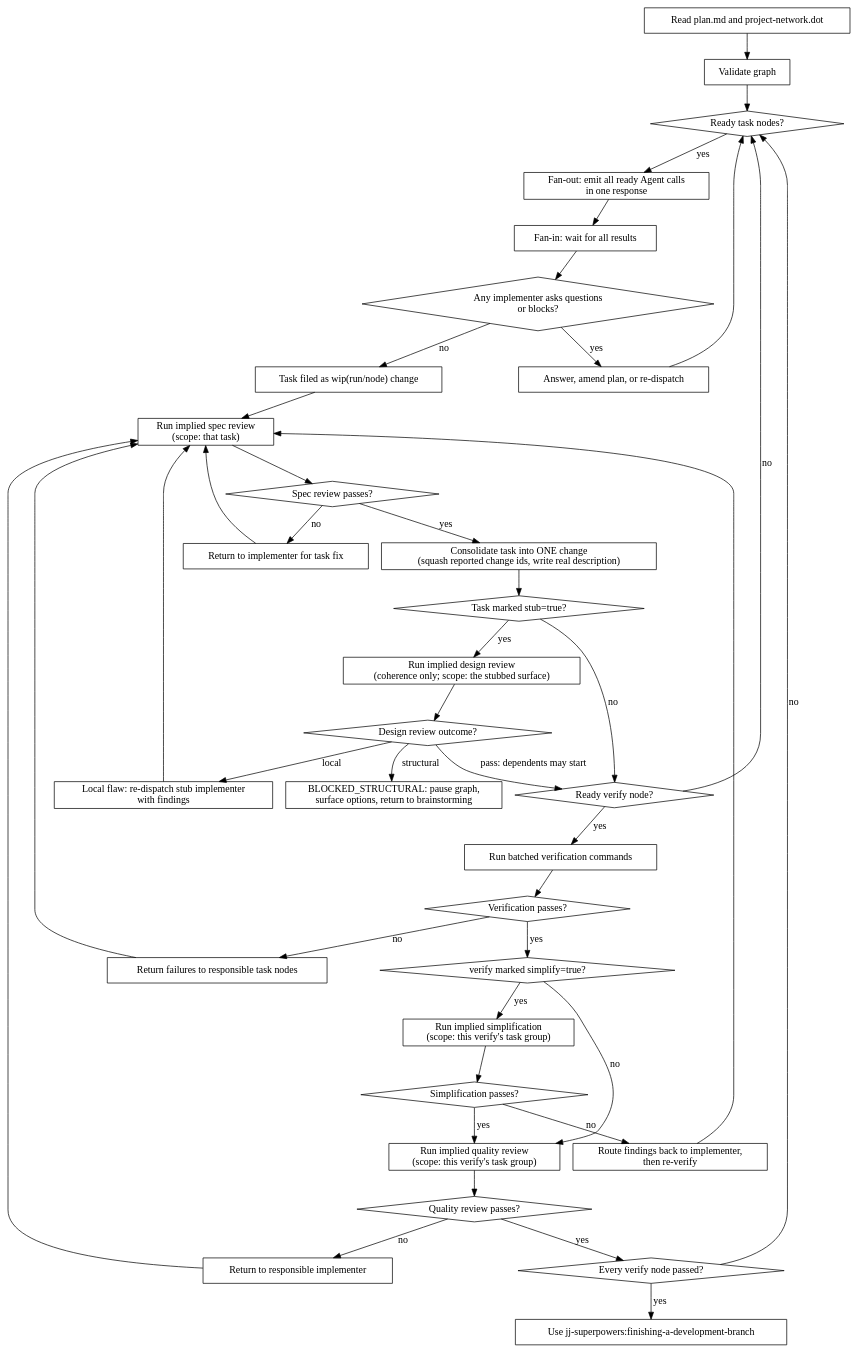
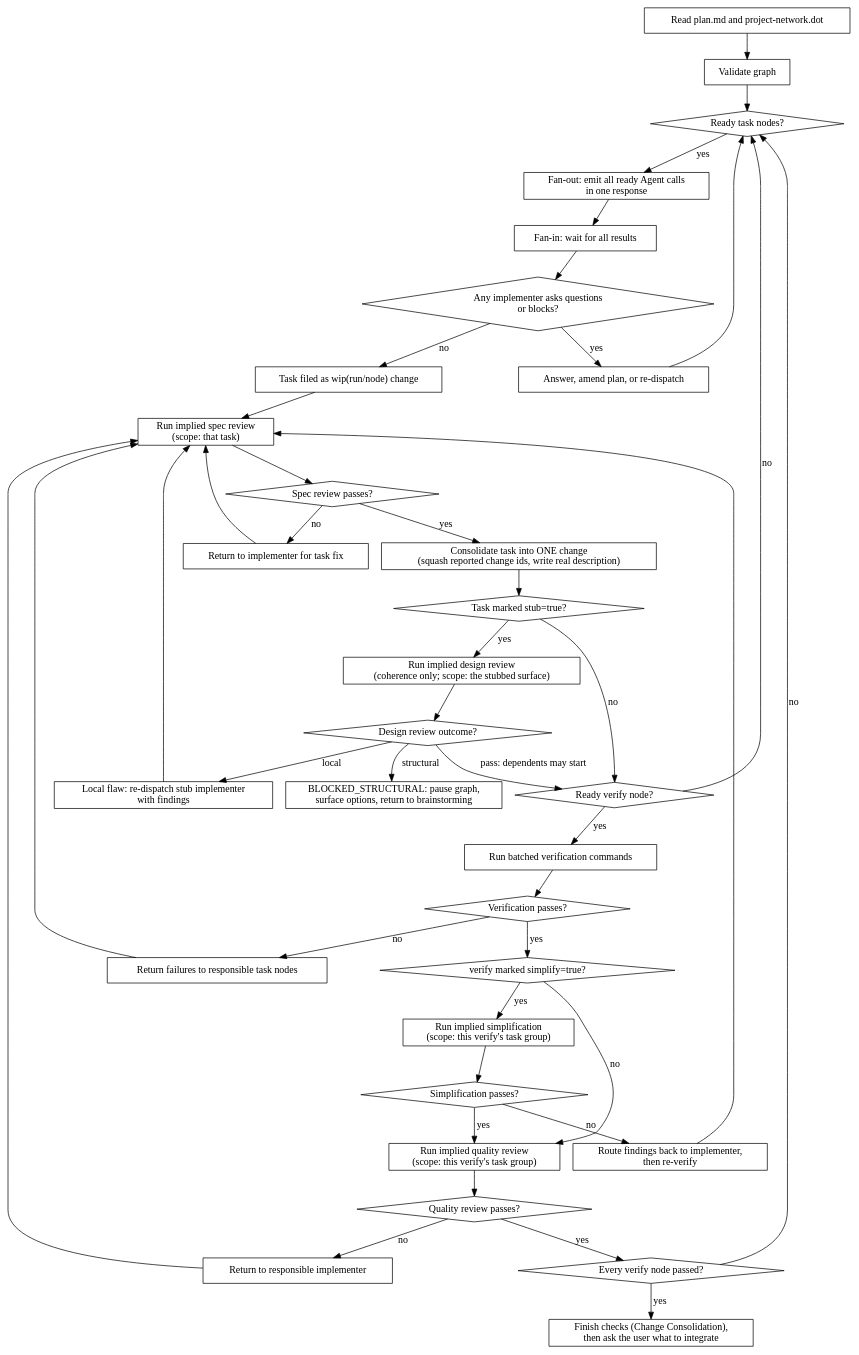
One commit to nickguletskii/jj-superpowers changed the diagram in skills/subagent-driven-development/SKILL.md. Above: the diagram before and after it, drawn with Graphviz. The commit also changed other lines of this file and 113 other files, not shown here.

````diff
--- a/skills/subagent-driven-development/SKILL.md
+++ b/skills/subagent-driven-development/SKILL.md
@@ -64,73 +47,73 @@
 ```dot
 digraph process {
     rankdir=TB;
 
     read        [shape=box, label="Read plan.md and project-network.dot"];
     validate    [shape=box, label="Validate graph"];
     ready_task  [shape=diamond, label="Ready task nodes?"];
     fanout      [shape=box, label="Fan-out: emit all ready Agent calls\nin one response"];
     fanin       [shape=box, label="Fan-in: wait for all results"];
     asks        [shape=diamond, label="Any implementer asks questions\nor blocks?"];
     answer      [shape=box, label="Answer, amend plan, or re-dispatch"];
     filed       [shape=box, label="Task filed as wip(run/node) change"];
     spec        [shape=box, label="Run implied spec review\n(scope: that task)"];
     spec_ok     [shape=diamond, label="Spec review passes?"];
     task_fix    [shape=box, label="Return to implementer for task fix"];
     consolidate [shape=box, label="Consolidate task into ONE change\n(squash reported change ids, write real description)"];
     is_stub     [shape=diamond, label="Task marked stub=true?"];
     design      [shape=box, label="Run implied design review\n(coherence only; scope: the stubbed surface)"];
     design_out  [shape=diamond, label="Design review outcome?"];
     design_loc  [shape=box, label="Local flaw: re-dispatch stub implementer\nwith findings"];
     structural  [shape=box, label="BLOCKED_STRUCTURAL: pause graph,\nsurface options, return to brainstorming"];
     ready_ver   [shape=diamond, label="Ready verify node?"];
     run_ver     [shape=box, label="Run batched verification commands"];
     ver_ok      [shape=diamond, label="Verification passes?"];
     ver_fail    [shape=box, label="Return failures to responsible task nodes"];
     is_simp     [shape=diamond, label="verify marked simplify=true?"];
     simp        [shape=box, label="Run implied simplification\n(scope: this verify's task group)"];
     simp_ok     [shape=diamond, label="Simplification passes?"];
     simp_fail   [shape=box, label="Route findings back to implementer,\nthen re-verify"];
     quality     [shape=box, label="Run implied quality review\n(scope: this verify's task group)"];
     qual_ok     [shape=diamond, label="Quality review passes?"];
     qual_fail   [shape=box, label="Return to responsible implementer"];
     all_ver     [shape=diamond, label="Every verify node passed?"];
-    finish      [shape=box, label="Use jj-superpowers:finishing-a-development-branch"];
+    finish      [shape=box, label="Finish checks (Change Consolidation),\nthen ask the user what to integrate"];
 
     read -> validate -> ready_task;
     ready_task -> fanout [label="yes"];
     fanout -> fanin -> asks;
     asks -> answer [label="yes"];
     answer -> ready_task;
     asks -> filed [label="no"];
     filed -> spec -> spec_ok;
     spec_ok -> task_fix [label="no"];
     task_fix -> spec;
     spec_ok -> consolidate [label="yes"];
     consolidate -> is_stub;
     is_stub -> design [label="yes"];
     is_stub -> ready_ver [label="no"];
     design -> design_out;
     design_out -> design_loc [label="local"];
     design_loc -> spec;
     design_out -> structural [label="structural"];
     design_out -> ready_ver [label="pass: dependents may start"];
     ready_ver -> run_ver [label="yes"];
     ready_ver -> ready_task [label="no"];
     run_ver -> ver_ok;
     ver_ok -> ver_fail [label="no"];
     ver_fail -> spec;
     ver_ok -> is_simp [label="yes"];
     is_simp -> simp [label="yes"];
     is_simp -> quality [label="no"];
     simp -> simp_ok;
     simp_ok -> simp_fail [label="no"];
     simp_fail -> spec;
     simp_ok -> quality [label="yes"];
     quality -> qual_ok;
     qual_ok -> qual_fail [label="no"];
     qual_fail -> spec;
     qual_ok -> all_ver [label="yes"];
     all_ver -> ready_task [label="no"];
     all_ver -> finish [label="yes"];
 }
 ```
````
